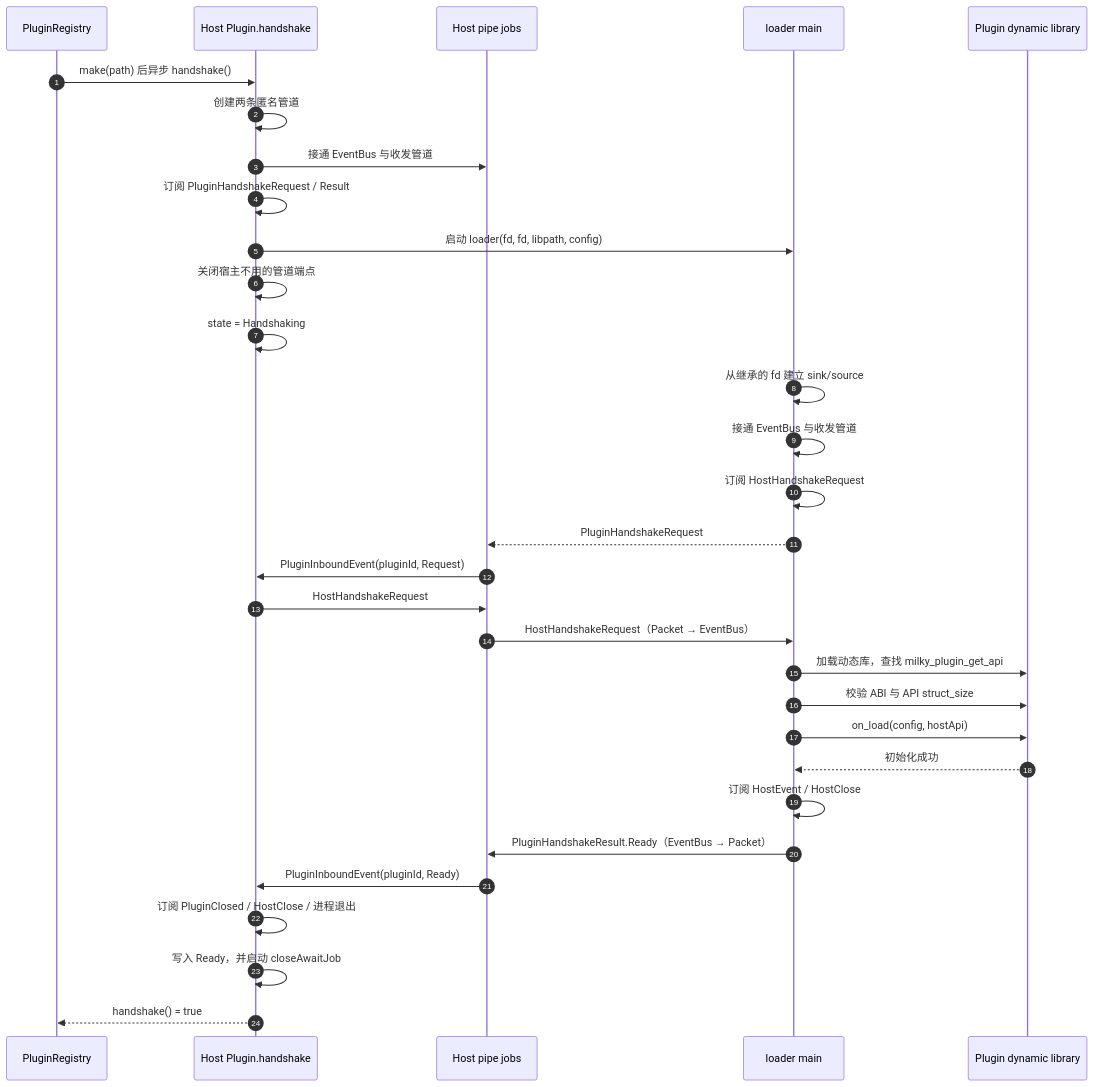
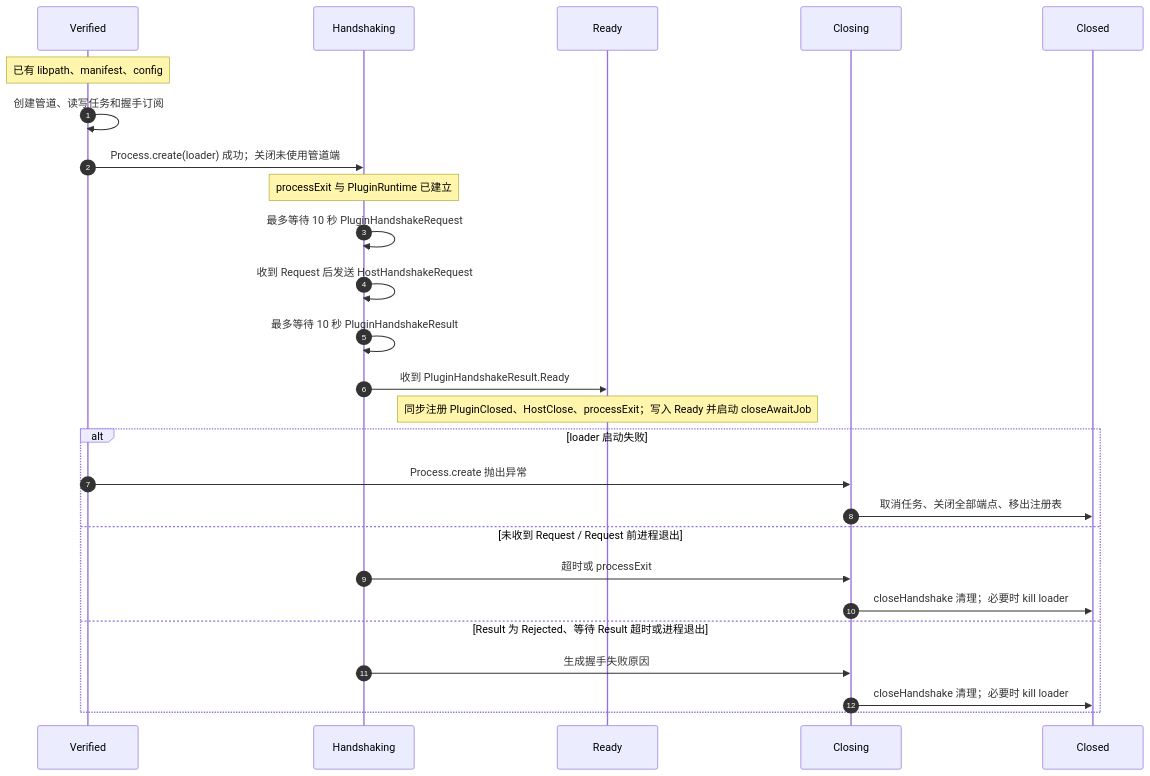
Before and after one commit to magic-cucumber/milky-console: the second of 3 diagrams in docs/plugin-lifecycle.md, drawn with Mermaid. The commit also changed other lines of this file and 1 other file, not shown here.

````diff
--- a/docs/plugin-lifecycle.md
+++ b/docs/plugin-lifecycle.md
@@ -46,34 +45,30 @@
 ```mermaid
 sequenceDiagram
     autonumber
-    participant R as PluginRegistry
-    participant H as Host Plugin.handshake
-    participant HP as Host pipe jobs
-    participant L as loader main
-    participant D as Plugin dynamic library
+    participant V as Verified
+    participant H as Handshaking
+    participant R as Ready
+    participant C as Closing
+    participant X as Closed
 
-    R->>H: make(path) 后异步 handshake()
-    H->>H: 创建两条匿名管道
-    H->>HP: 接通 EventBus 与收发管道
-    H->>H: 订阅 PluginHandshakeRequest / Result
-    H->>L: 启动 loader(fd, fd, libpath, config)
-    H->>H: 关闭宿主不用的管道端点
-    H->>H: state = Handshaking
-    L->>L: 从继承的 fd 建立 sink/source
-    L->>L: 接通 EventBus 与收发管道
-    L->>L: 订阅 HostHandshakeRequest
-    L-->>HP: PluginHandshakeRequest
-    HP->>H: PluginInboundEvent(pluginId, Request)
-    H->>HP: HostHandshakeRequest
-    HP->>L: HostHandshakeRequest（Packet → EventBus）
-    L->>D: 加载动态库，查找 milky_plugin_get_api
-    L->>D: 校验 ABI 与 API struct_size
-    L->>D: on_load(config, hostApi)
-    D-->>L: 初始化成功
-    L->>L: 订阅 HostEvent / HostClose
-    L->>HP: PluginHandshakeResult.Ready（EventBus → Packet）
-    HP->>H: PluginInboundEvent(pluginId, Ready)
-    H->>H: 订阅 PluginClosed / HostClose / 进程退出
-    H->>H: 写入 Ready，并启动 closeAwaitJob
-    H-->>R: handshake() = true
+    Note over V: 已有 libpath、manifest、config
+    V->>V: 创建管道、读写任务和握手订阅
+    V->>H: Process.create(loader) 成功；关闭未使用管道端
+    Note over H: processExit 与 PluginRuntime 已建立
+    H->>H: 最多等待 10 秒 PluginHandshakeRequest
+    H->>H: 收到 Request 后发送 HostHandshakeRequest
+    H->>H: 最多等待 10 秒 PluginHandshakeResult
+    H->>R: 收到 PluginHandshakeResult.Ready
+    Note over R: 同步注册 PluginClosed、HostClose、processExit；写入 Ready 并启动 closeAwaitJob
+
+    alt loader 启动失败
+        V->>C: Process.create 抛出异常
+        C->>X: 取消任务、关闭全部端点、移出注册表
+    else 未收到 Request / Request 前进程退出
+        H->>C: 超时或 processExit
+        C->>X: closeHandshake 清理；必要时 kill loader
+    else Result 为 Rejected、等待 Result 超时或进程退出
+        H->>C: 生成握手失败原因
+        C->>X: closeHandshake 清理；必要时 kill loader
+    end
 ```
````
